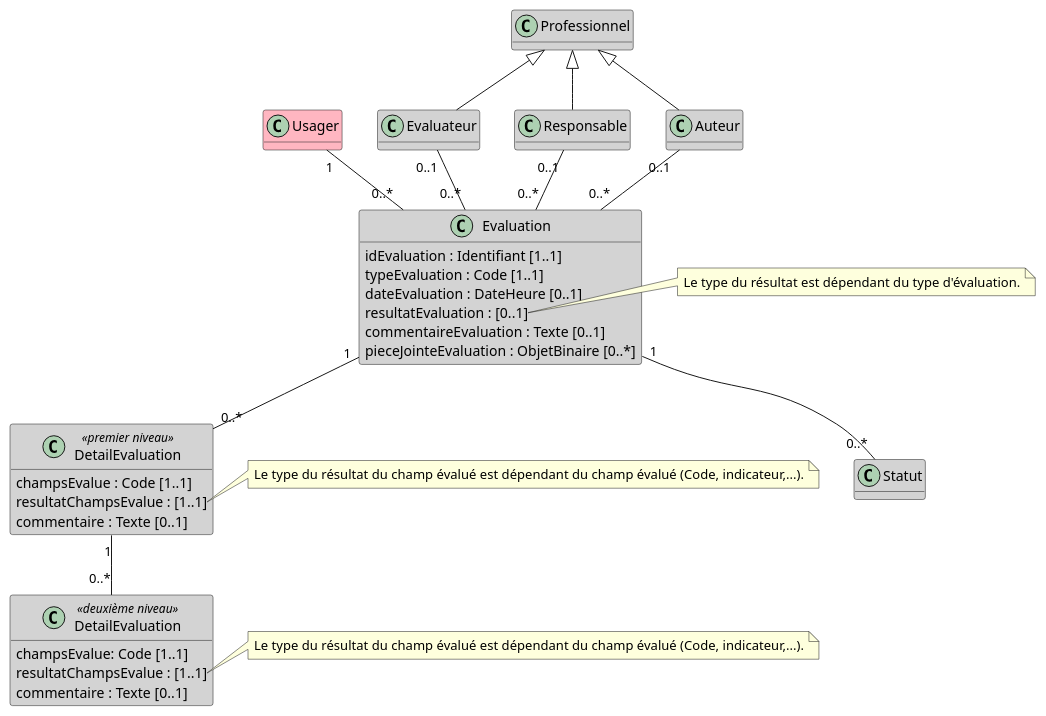
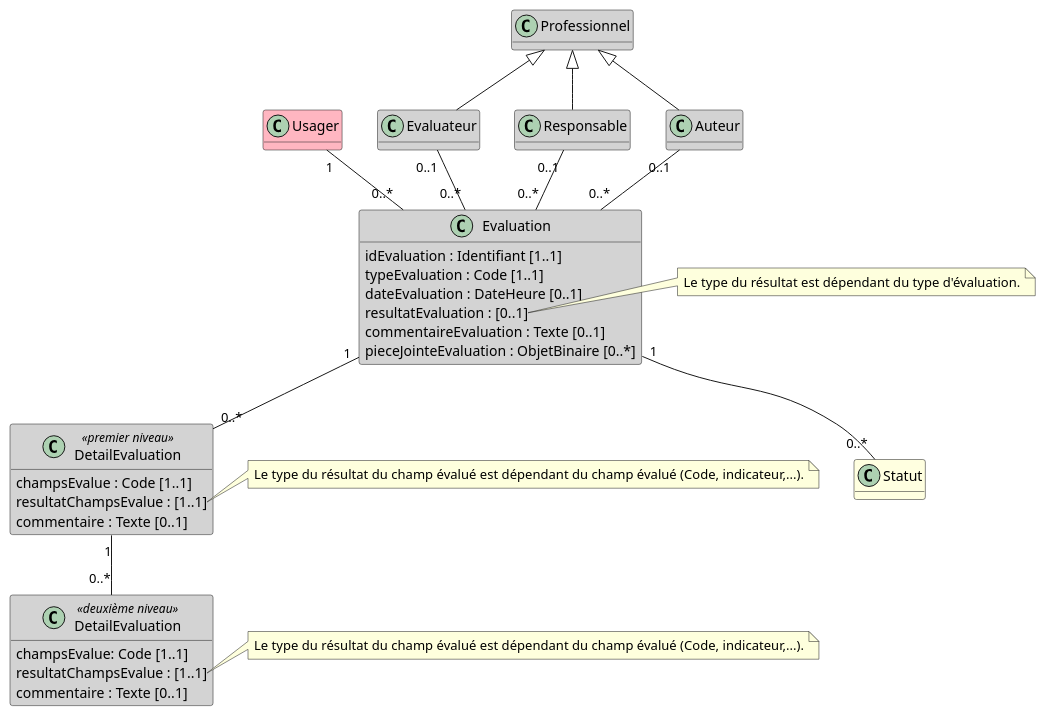
The diagram in input/images-source/bloc_evaluation-grille.plantuml (ansforge/IG-fhir-medicosocial-transfert-donnees-dui), drawn with PlantUML before and after one commit. The commit also changed 1 other file, not shown here.

```diff
--- a/input/images-source/bloc_evaluation-grille.plantuml
+++ b/input/images-source/bloc_evaluation-grille.plantuml
@@ -1,62 +1,62 @@
 @startuml
 
 hide empty methods
 
 class Usager #LightPink
 
 class Evaluateur #LightGray
 
 class Responsable #LightGray
 
 class Auteur #LightGray
 
 class Professionnel #LightGray
 
-class Statut #LightGray
+class Statut #LightYellow
 
 class Evaluation #LightGray {
     idEvaluation : Identifiant [1..1]
     typeEvaluation : Code [1..1]
     dateEvaluation : DateHeure [0..1]
     resultatEvaluation : [0..1]
     commentaireEvaluation : Texte [0..1]
     pieceJointeEvaluation : ObjetBinaire [0..*]
 }
 
 note right of Evaluation::resultat
   Le type du résultat est dépendant du type d'évaluation.
 end note
 
 class "DetailEvaluation" as DetailEvaluationN1 <<premier niveau>> #LightGray {
     champsEvalue : Code [1..1]
     resultatChampsEvalue : [1..1]
     commentaire : Texte [0..1]
 }
 
 note right of DetailEvaluationN1::resultatChampsEvalue
   Le type du résultat du champ évalué est dépendant du champ évalué (Code, indicateur,...).
 end note
 
 class "DetailEvaluation" as DetailEvaluationN2 <<deuxième niveau>> #LightGray {
     champsEvalue: Code [1..1]
     resultatChampsEvalue : [1..1]
     commentaire : Texte [0..1]
 }
 
 note right of DetailEvaluationN2::resultatChampsEvalue
   Le type du résultat du champ évalué est dépendant du champ évalué (Code, indicateur,...).
 end note
 
 Professionnel <|-- Evaluateur
 Professionnel <|-- Responsable
 Professionnel <|-- Auteur
 
 Evaluateur "0..1" -- "0..*" Evaluation
 Responsable "0..1" -- "0..*" Evaluation
 Auteur "0..1" -- "0..*" Evaluation
 Usager "1" -- "0..*" Evaluation
 Evaluation "1" -- "0..*" DetailEvaluationN1
 DetailEvaluationN1 "1" -- "0..*" DetailEvaluationN2
 Evaluation "1" -- "0..*" Statut
 
 @enduml
```
